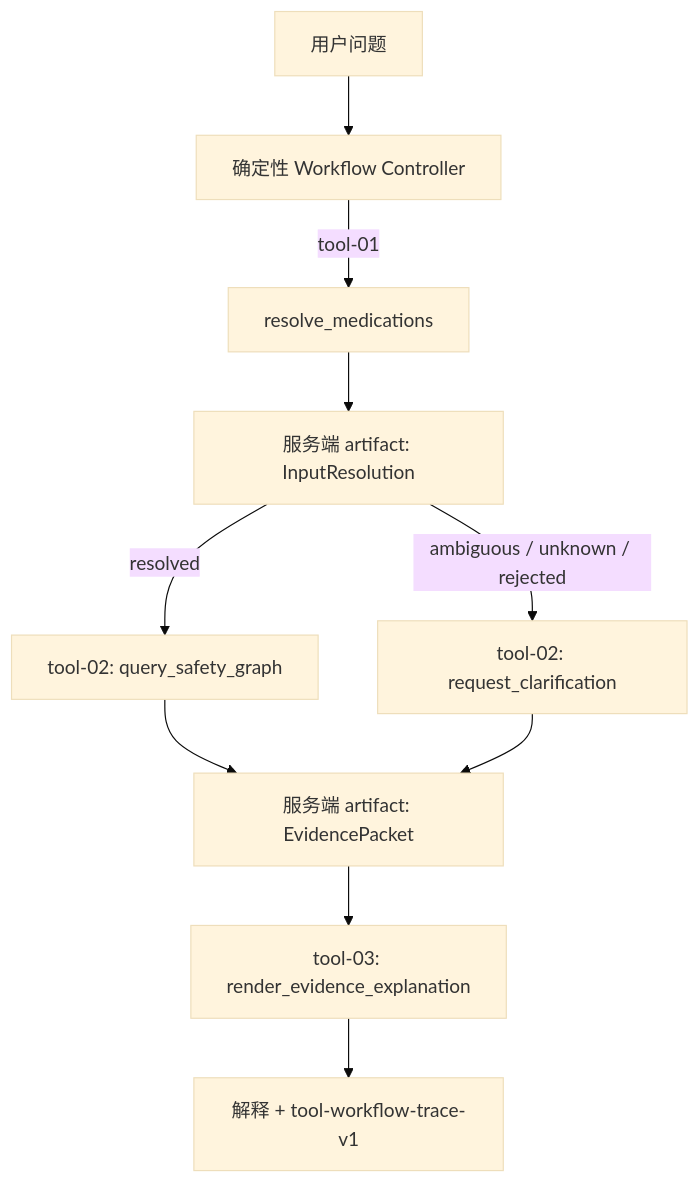
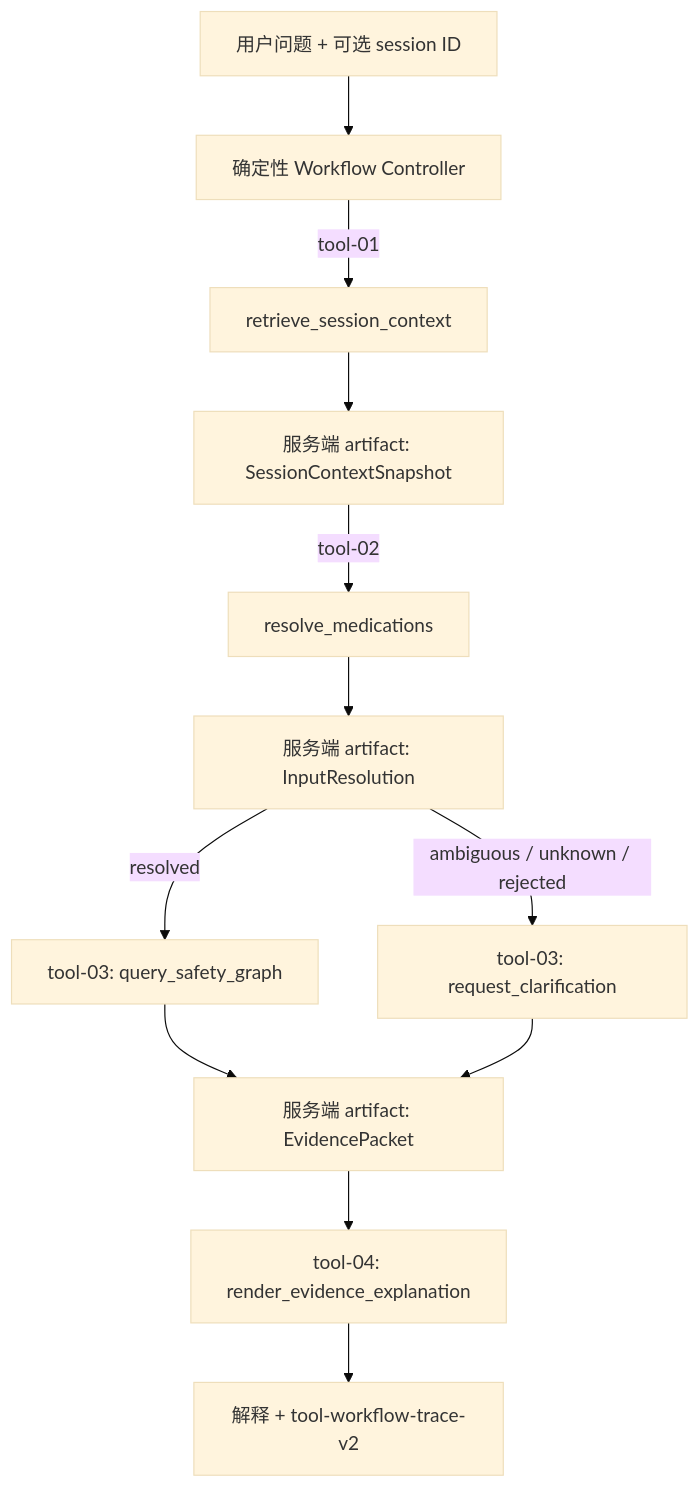
One commit to GFLabandon/MedSafetyAssistant changed the diagram in docs/P3_TYPED_TOOL_WORKFLOW.md. Above: the diagram before and after it, drawn with Mermaid (base theme). The commit also changed other lines of this file and 7 other files, not shown here.

Commit message:
docs: record structured session context acceptance

````diff
--- a/docs/P3_TYPED_TOOL_WORKFLOW.md
+++ b/docs/P3_TYPED_TOOL_WORKFLOW.md
@@ -36,12 +37,14 @@
 ```mermaid
 flowchart TD
-    U["用户问题"] --> C["确定性 Workflow Controller"]
-    C -->|"tool-01"| R["resolve_medications"]
+    U["用户问题 + 可选 session ID"] --> C["确定性 Workflow Controller"]
+    C -->|"tool-01"| S["retrieve_session_context"]
+    S --> A0["服务端 artifact: SessionContextSnapshot"]
+    A0 -->|"tool-02"| R["resolve_medications"]
     R --> A1["服务端 artifact: InputResolution"]
-    A1 -->|"resolved"| G["tool-02: query_safety_graph"]
-    A1 -->|"ambiguous / unknown / rejected"| Q["tool-02: request_clarification"]
+    A1 -->|"resolved"| G["tool-03: query_safety_graph"]
+    A1 -->|"ambiguous / unknown / rejected"| Q["tool-03: request_clarification"]
     G --> A2["服务端 artifact: EvidencePacket"]
     Q --> A2
-    A2 --> E["tool-03: render_evidence_explanation"]
-    E --> O["解释 + tool-workflow-trace-v1"]
+    A2 --> E["tool-04: render_evidence_explanation"]
+    E --> O["解释 + tool-workflow-trace-v2"]
 ```
````
